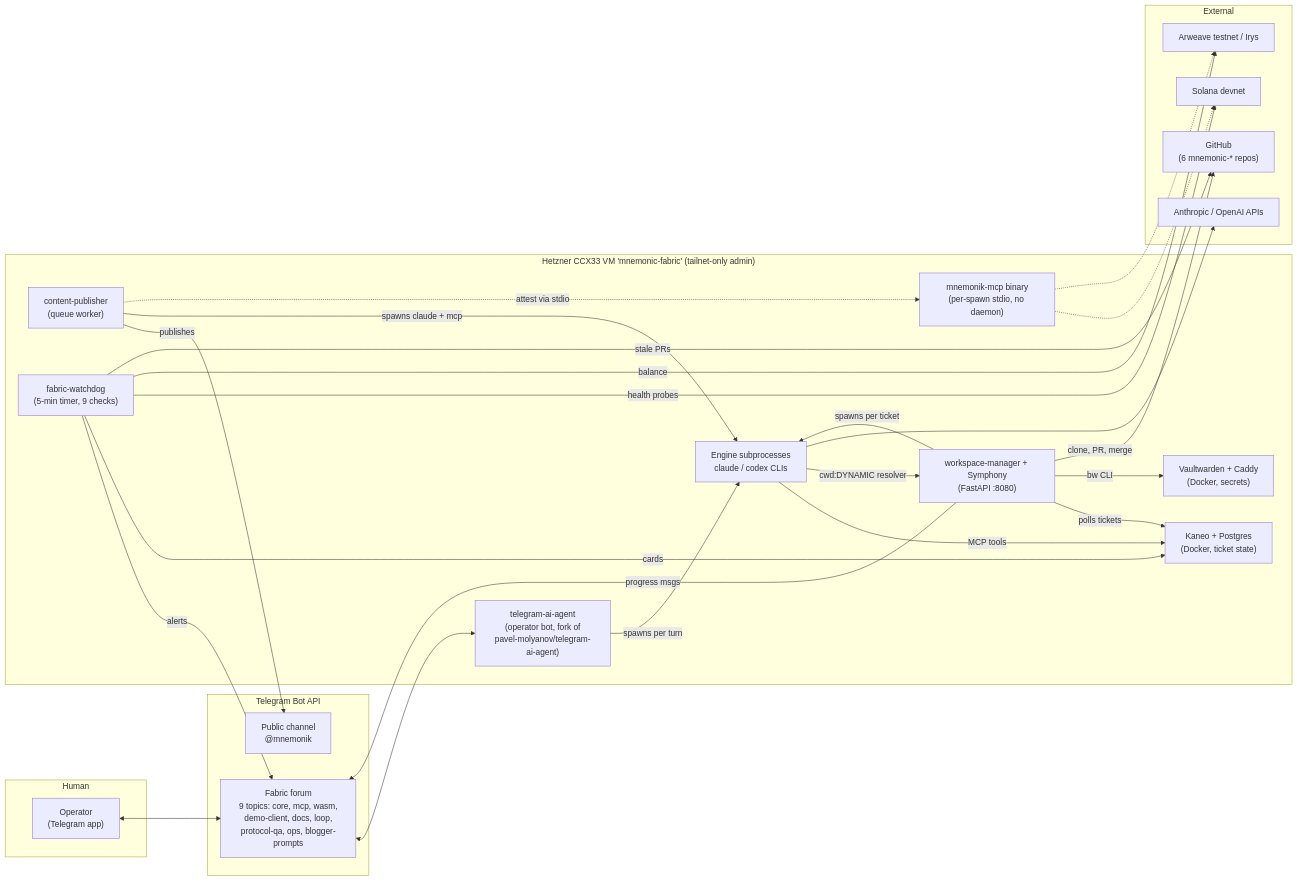
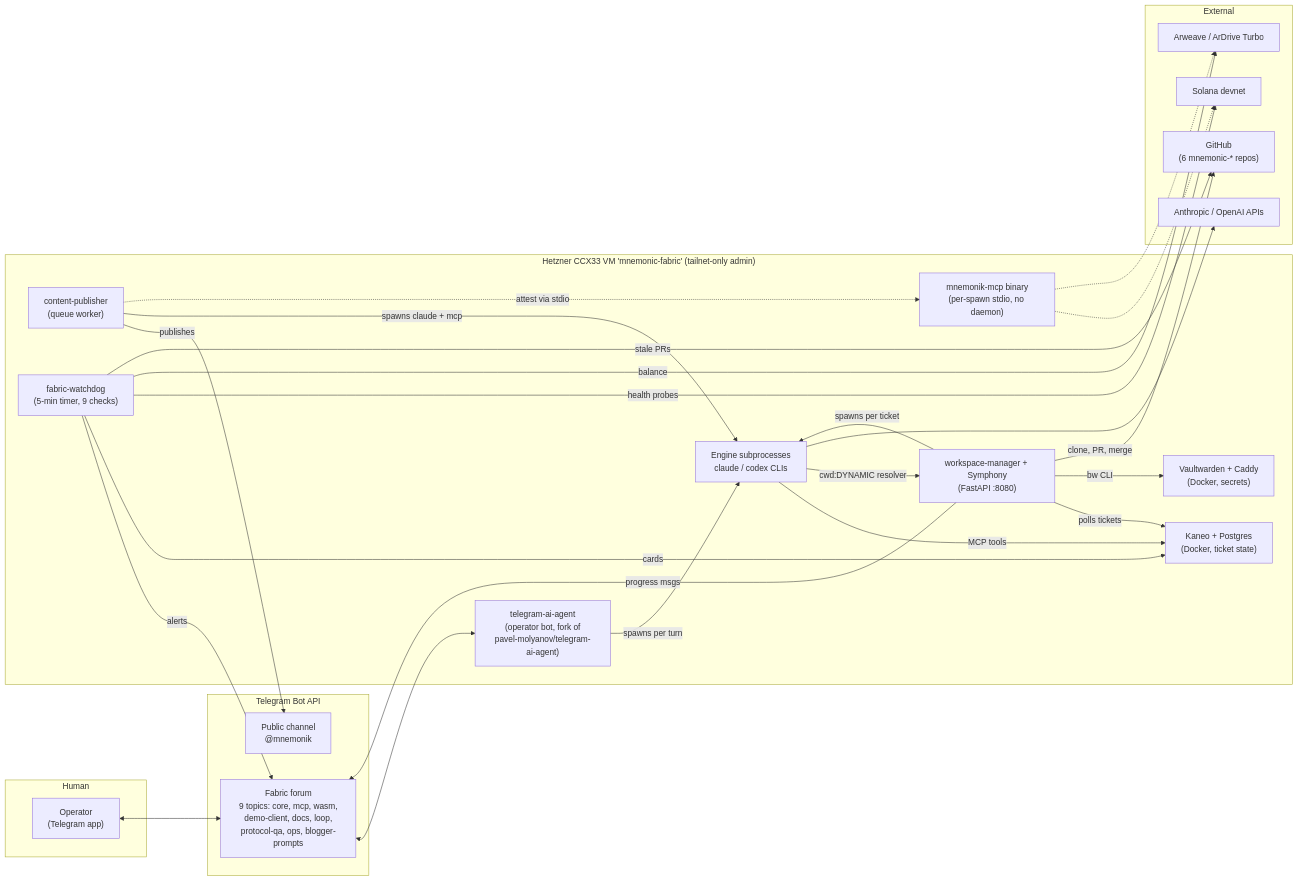
One commit to mnemonik-dev/coding-fabric changed the first of 7 diagrams in docs/architecture-report.md. Above: the diagram before and after it, drawn with Mermaid. The commit also changed other lines of this file and 71 other files, not shown here.

First line of the commit message:
chore(storage): configure Arweave reads and ArDrive Turbo uploads (#23)

````diff
--- a/docs/architecture-report.md
+++ b/docs/architecture-report.md
@@ -41,51 +41,51 @@
 ```mermaid
 flowchart LR
     subgraph Human
         OP["Operator<br/>(Telegram app)"]
     end
 
     subgraph Telegram["Telegram Bot API"]
         FORUM["Fabric forum<br/>9 topics: core, mcp, wasm,<br/>demo-client, docs, loop,<br/>protocol-qa, ops, blogger-prompts"]
         CHAN["Public channel<br/>@mnemonik"]
     end
 
     subgraph VM["Hetzner CCX33 VM 'mnemonic-fabric' (tailnet-only admin)"]
         BOT["telegram-ai-agent<br/>(operator bot, fork of<br/>pavel-molyanov/telegram-ai-agent)"]
         WM["workspace-manager + Symphony<br/>(FastAPI :8080)"]
         CP["content-publisher<br/>(queue worker)"]
         WD["fabric-watchdog<br/>(5-min timer, 9 checks)"]
         KANEO["Kaneo + Postgres<br/>(Docker, ticket state)"]
         VW["Vaultwarden + Caddy<br/>(Docker, secrets)"]
         ENG["Engine subprocesses<br/>claude / codex CLIs"]
         MCP["mnemonik-mcp binary<br/>(per-spawn stdio, no daemon)"]
     end
 
     subgraph External
         GH["GitHub<br/>(6 mnemonic-* repos)"]
         SOL["Solana devnet"]
-        ARW["Arweave testnet / Irys"]
+        ARW["Arweave / ArDrive Turbo"]
         LLM["Anthropic / OpenAI APIs"]
     end
 
     OP <--> FORUM
     FORUM <--> BOT
     BOT -->|spawns per turn| ENG
     ENG -->|MCP tools| KANEO
     ENG -->|cwd:DYNAMIC resolver| WM
     WM -->|polls tickets| KANEO
     WM -->|spawns per ticket| ENG
     WM -->|bw CLI| VW
     WM -->|clone, PR, merge| GH
     WM -->|progress msgs| FORUM
     CP -->|publishes| CHAN
     CP -->|spawns claude + mcp| ENG
     CP -.->|attest via stdio| MCP
     MCP -.-> SOL
     MCP -.-> ARW
     WD -->|alerts| FORUM
     WD -->|cards| KANEO
     WD -->|health probes| SOL
     WD -->|balance| ARW
     WD -->|stale PRs| GH
     ENG --> LLM
 ```
````
